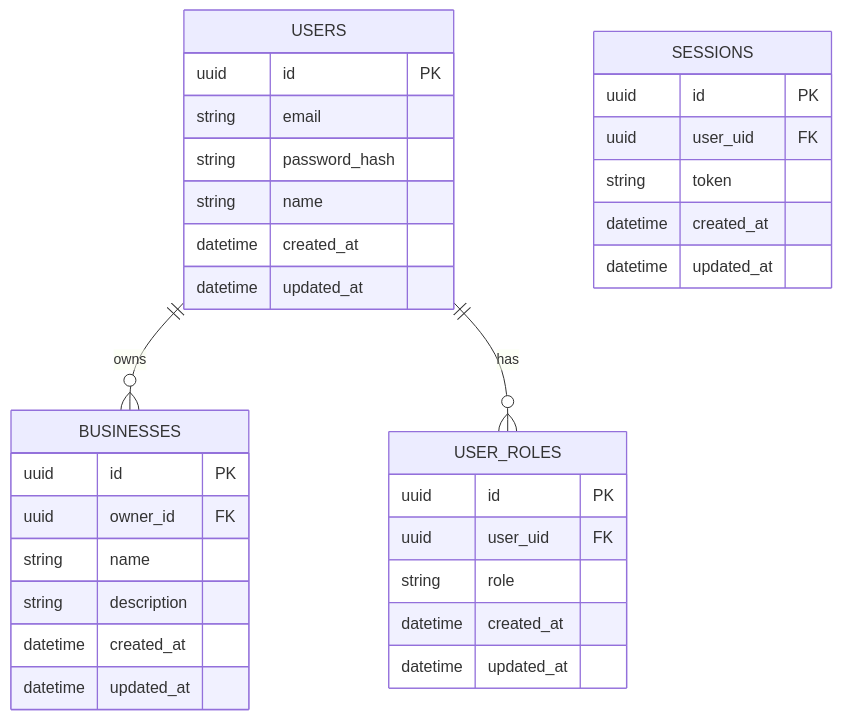
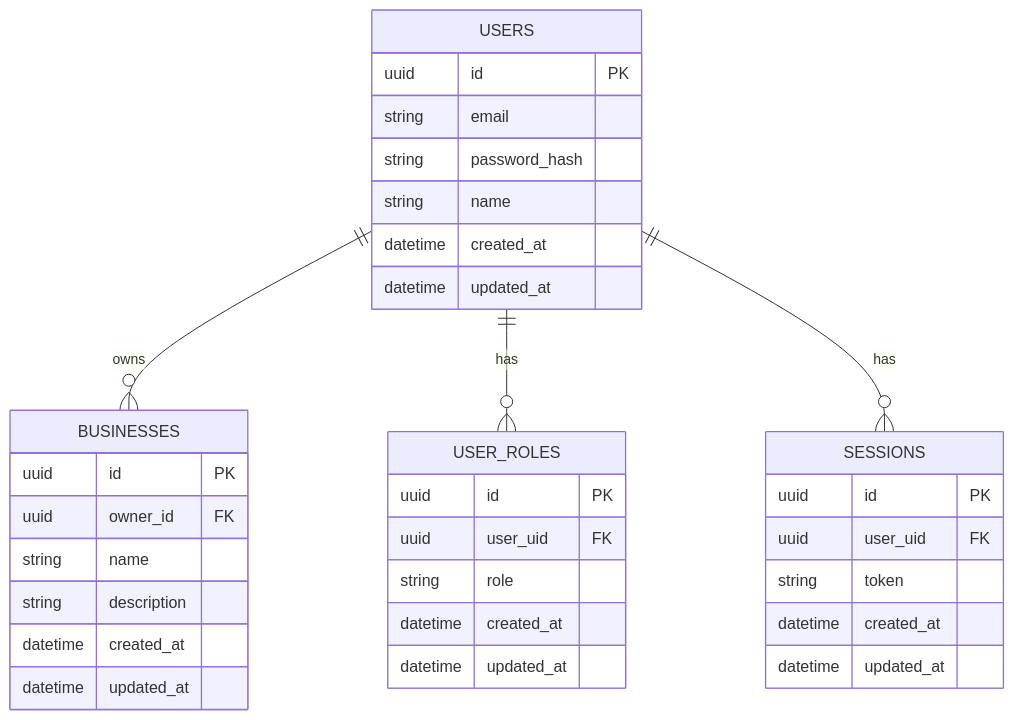
One commit to Mality/loyalty-platform changed the diagram in user-service/user-service-er.md. Above: the diagram before and after it, drawn with Mermaid. The commit also changed 8 other files, not shown here.

````diff
--- a/user-service/user-service-er.md
+++ b/user-service/user-service-er.md
@@ -1,39 +1,40 @@
 ```mermaid
 erDiagram
     USERS ||--o{ BUSINESSES : "owns"
     USERS ||--o{ USER_ROLES: "has"
+    USERS ||--o{ SESSIONS: "has"
     
     USERS {
         uuid id PK
         string email
         string password_hash
         string name
         datetime created_at
         datetime updated_at
     }
 
     USER_ROLES {
         uuid id PK
         uuid user_uid FK
         string role
         datetime created_at
         datetime updated_at
     }
 
     SESSIONS {
         uuid id PK
         uuid user_uid FK
         string token
         datetime created_at
         datetime updated_at
     }
 
     BUSINESSES {
         uuid id PK
         uuid owner_id FK
         string name
         string description
         datetime created_at
         datetime updated_at
     }
 ```
````
